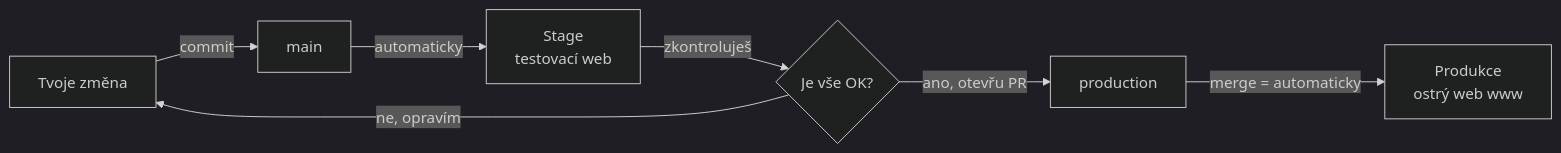
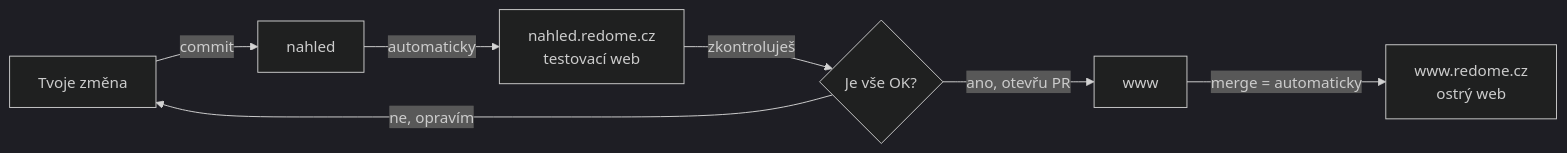
Before and after one commit to vaclavpavek/redome.cz: the diagram in docs/git-flow.md, drawn with Mermaid (dark theme). The commit also changed other lines of this file and 4 other files, not shown here.

First line of the commit message:
docs: branch = subdoména – main → nahled, production → www

````diff
--- a/docs/git-flow.md
+++ b/docs/git-flow.md
@@ -50,9 +50,9 @@
 ```mermaid
 flowchart LR
-    A[Tvoje změna] -->|commit| B[main]
-    B -->|automaticky| C[Stage<br/>testovací web]
+    A[Tvoje změna] -->|commit| B[nahled]
+    B -->|automaticky| C[nahled.redome.cz<br/>testovací web]
     C -->|zkontroluješ| D{Je vše OK?}
-    D -->|ano, otevřu PR| E[production]
+    D -->|ano, otevřu PR| E[www]
     D -->|ne, opravím| A
-    E -->|merge = automaticky| F[Produkce<br/>ostrý web www]
+    E -->|merge = automaticky| F[www.redome.cz<br/>ostrý web]
 ```
````
